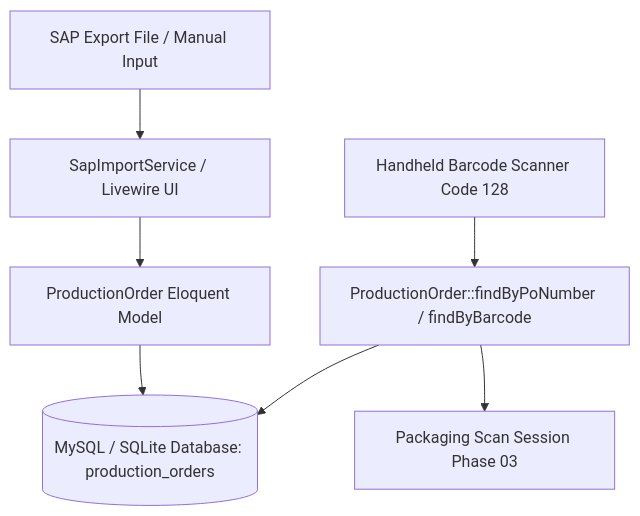
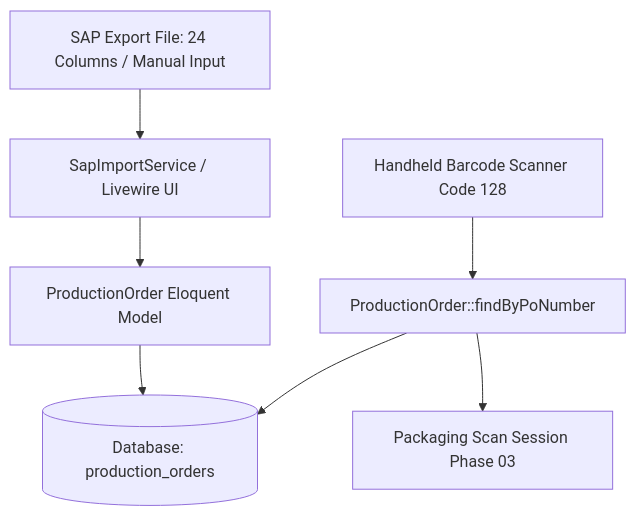
The diagram in docs/dev-docs/features/production-order-master-data.md (ZulfikarHD/scan-produksi), drawn with Mermaid before and after one commit. The commit also changed other lines of this file and 6 other files, not shown here.

First line of the commit message:
feat(master-data): perbarui skema 24 kolom order produksi sesuai spesifikasi ekspor SAP

````diff
--- a/docs/dev-docs/features/production-order-master-data.md
+++ b/docs/dev-docs/features/production-order-master-data.md
@@ -11,9 +42,9 @@
 ```mermaid
 flowchart TD
-    SAP[SAP Export File / Manual Input] --> Importer[SapImportService / Livewire UI]
+    SAP[SAP Export File: 24 Columns / Manual Input] --> Importer[SapImportService / Livewire UI]
     Importer --> Model[ProductionOrder Eloquent Model]
-    Model --> DB[(MySQL / SQLite Database: production_orders)]
-    Scanner[Handheld Barcode Scanner Code 128] --> Lookup[ProductionOrder::findByPoNumber / findByBarcode]
+    Model --> DB[(Database: production_orders)]
+    Scanner[Handheld Barcode Scanner Code 128] --> Lookup[ProductionOrder::findByPoNumber]
     Lookup --> DB
     Lookup --> ScanSession[Packaging Scan Session Phase 03]
 ```
````
